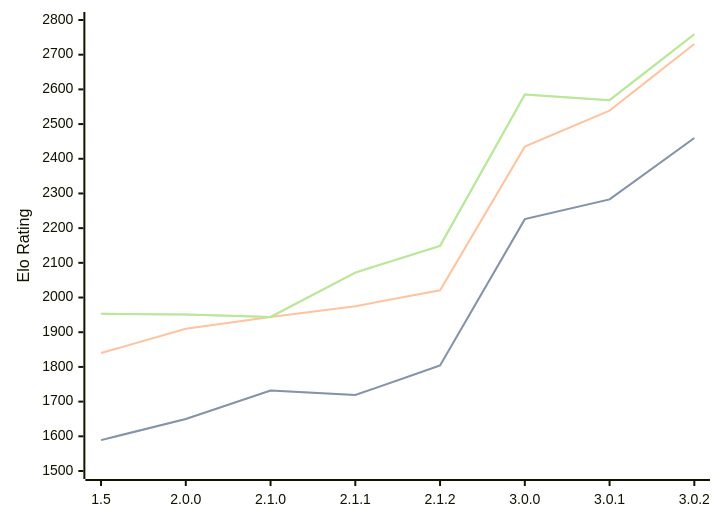
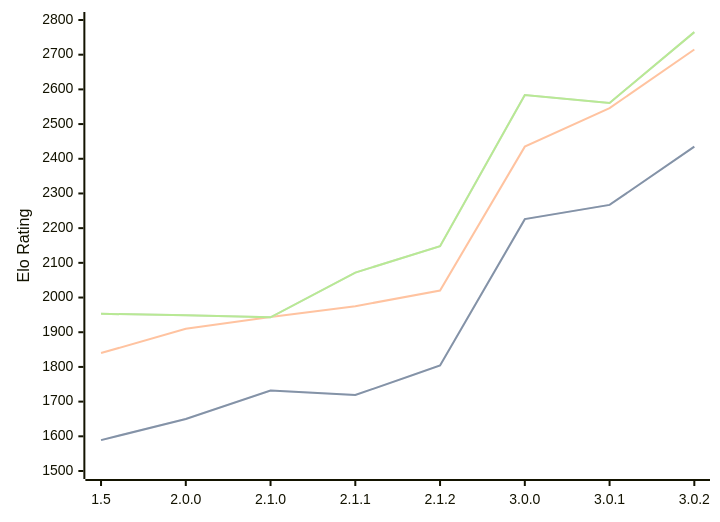
One commit to computer-chess-index/cci changed the third of 3 diagrams in engines/Rudim.md. Above: the diagram before and after it, drawn with Mermaid. The commit also changed other lines of this file, not shown here.

Commit message:
Update CCI Ratings (ELO VLTC) - 2026-06-17

````diff
--- a/engines/Rudim.md
+++ b/engines/Rudim.md
@@ -80,11 +80,11 @@
 ```mermaid
 %%{init: {"theme":"base","themeVariables":{"seriesColors:['#a3a3a3','#222221','#faa371']}}}%%
 xychart-beta
   x-axis ["1.5", "2.0.0", "2.1.0", "2.1.1", "2.1.2", "3.0.0", "3.0.1", "3.0.2"]
   y-axis "Elo Rating" 1500 --> 2800
-  line "STC (8.0+0.08s)" [1589, 1650, 1732, 1719, 1804, 2226, 2283, 2460]
-  line "STC (8.0+0.08s)" [1589, 1650, 1732, 1719, 1804, 2226, 2283, 2460]
-  line "LTC (60.0+0.60s)" [1840, 1910, 1944, 1975, 2021, 2435, 2539, 2731]
-  line "VLTC (2m24s+1.12s)" [1953, 1951, 1944, 2072, 2149, 2585, 2569, 2759]
-  line "VLTC (2m24s+1.12s)" [1953, 1951, 1944, 2072, 2149, 2585, 2569, 2759]
+  line "STC (8.0+0.08s)" [1589, 1650, 1732, 1719, 1804, 2226, 2267, 2435]
+  line "STC (8.0+0.08s)" [1589, 1650, 1732, 1719, 1804, 2226, 2267, 2435]
+  line "LTC (60.0+0.60s)" [1840, 1910, 1944, 1975, 2020, 2435, 2546, 2715]
+  line "VLTC (2m24s+1.12s)" [1953, 1949, 1943, 2072, 2148, 2584, 2561, 2765]
+  line "VLTC (2m24s+1.12s)" [1953, 1949, 1943, 2072, 2148, 2584, 2561, 2765]
 ```
````
